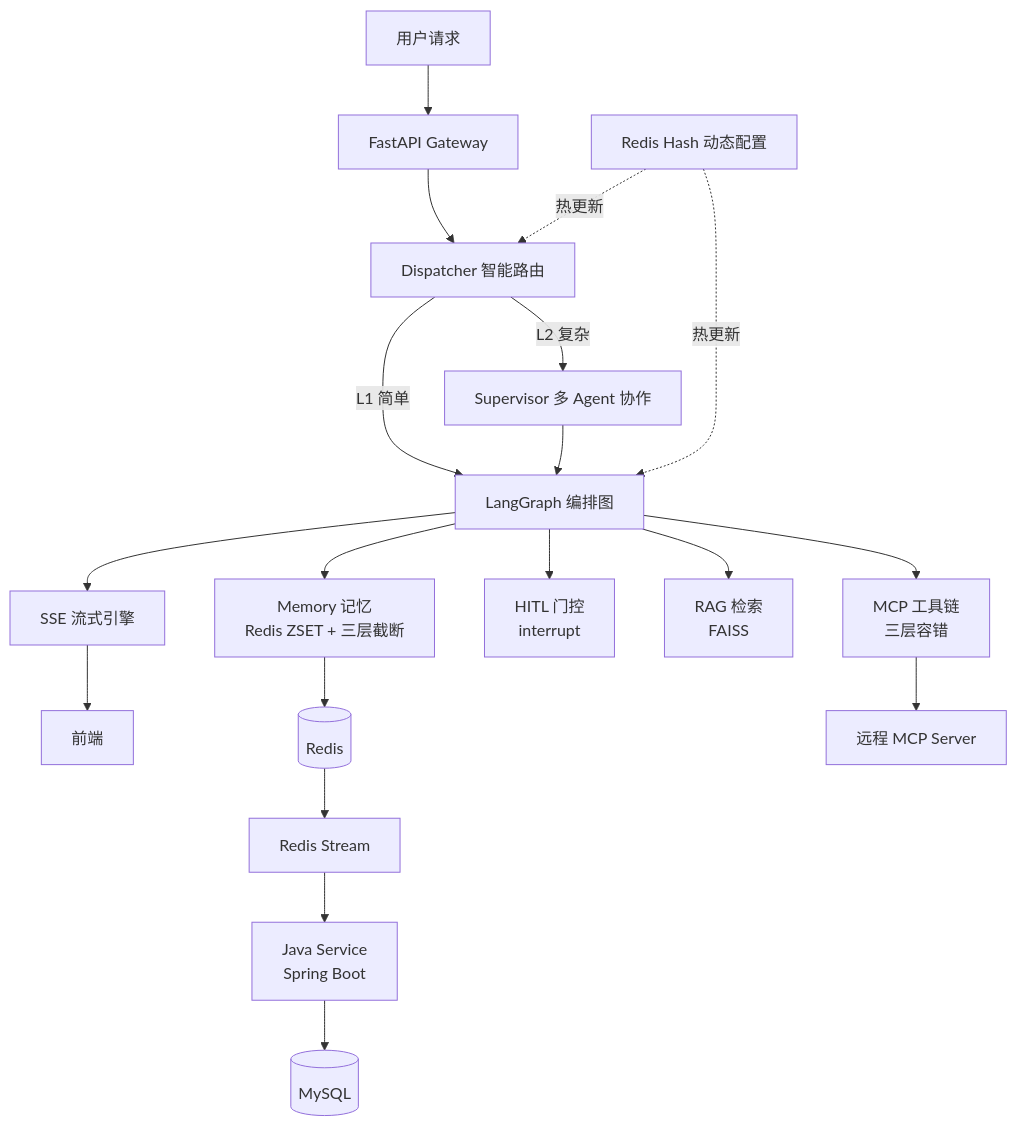
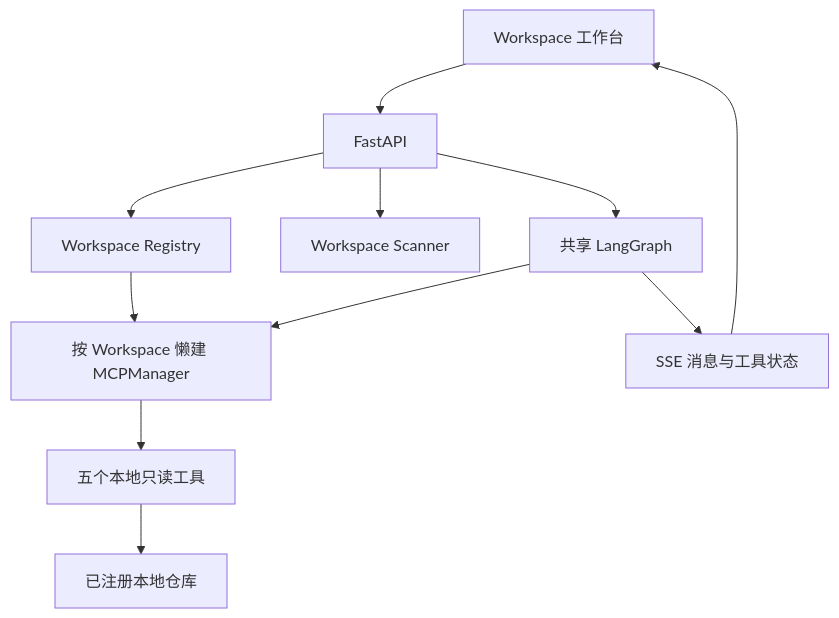
One commit to holeseven/dev-copilot changed the diagram in README.md. Above: the diagram before and after it, drawn with Mermaid. The commit also changed other lines of this file and 16 other files, not shown here.

Commit message:
feat: connect workspace tool workflow

````diff
--- a/README.md
+++ b/README.md
@@ -27,24 +22,13 @@
 ```mermaid
 graph TB
-    User[用户请求] --> API[FastAPI Gateway]
-    API --> Dispatcher[Dispatcher 智能路由]
-    Dispatcher -->|L1 简单| Graph[LangGraph 编排图]
-    Dispatcher -->|L2 复杂| Supervisor[Supervisor 多 Agent 协作]
-    Supervisor --> Graph
-
-    Graph --> Memory[Memory 记忆<br/>Redis ZSET + 三层截断]
-    Graph --> MCP[MCP 工具链<br/>三层容错]
-    Graph --> HITL[HITL 门控<br/>interrupt]
-    Graph --> RAG[RAG 检索<br/>FAISS]
-    Graph --> SSE[SSE 流式引擎]
-    SSE --> Frontend[前端]
-
-    Memory --> Redis[(Redis)]
-    MCP --> ToolServer[远程 MCP Server]
-    Redis --> Stream[Redis Stream]
-    Stream --> Java[Java Service<br/>Spring Boot]
-    Java --> MySQL[(MySQL)]
-
-    DynConfig[Redis Hash 动态配置] -.->|热更新| Dispatcher
-    DynConfig -.->|热更新| Graph
+    Frontend[Workspace 工作台] --> API[FastAPI]
+    API --> Registry[Workspace Registry]
+    API --> Scanner[Workspace Scanner]
+    API --> Graph[共享 LangGraph]
+    Registry --> Manager[按 Workspace 懒建 MCPManager]
+    Manager --> Tools[五个本地只读工具]
+    Tools --> Repositories[已注册本地仓库]
+    Graph --> Manager
+    Graph --> SSE[SSE 消息与工具状态]
+    SSE --> Frontend
 ```
````
